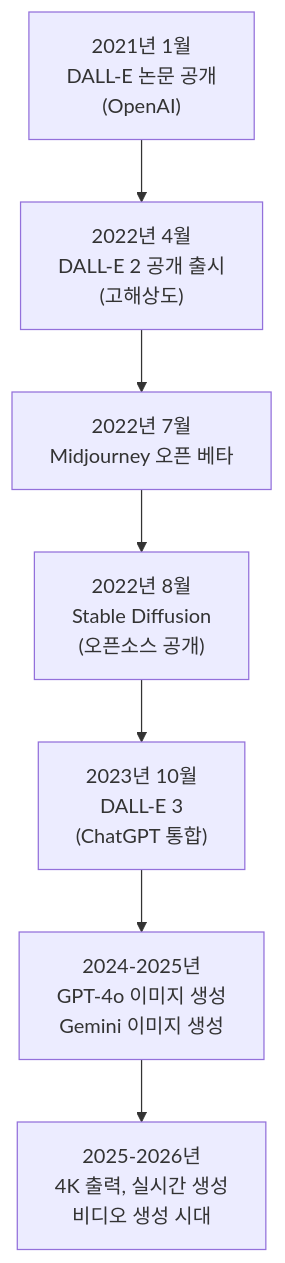
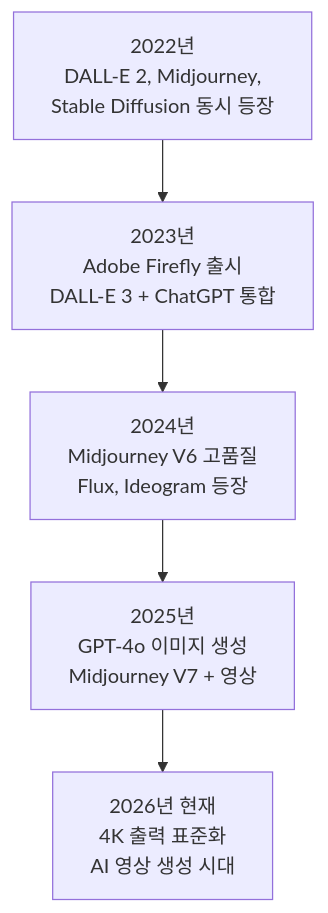
Before and after one commit to jsonpassion/forge-tutorial-promptcanvas: the first of 3 diagrams in 01-ch1-ai-이미지-생성-개론/01-01-생성형-ai가-바꾸는-디자인-워크플로우.md, drawn with Mermaid. The commit also changed other lines of this file and 12 other files, not shown here.

````diff
--- a/01-ch1-ai-이미지-생성-개론/01-01-생성형-ai가-바꾸는-디자인-워크플로우.md
+++ b/01-ch1-ai-이미지-생성-개론/01-01-생성형-ai가-바꾸는-디자인-워크플로우.md
@@ -54,9 +44,7 @@
 ```mermaid
 flowchart TD
-    A["2021년 1월<br/>DALL-E 논문 공개<br/>(OpenAI)"] --> B["2022년 4월<br/>DALL-E 2 공개 출시<br/>(고해상도)"]
-    B --> C["2022년 7월<br/>Midjourney 오픈 베타"]
-    C --> D["2022년 8월<br/>Stable Diffusion<br/>(오픈소스 공개)"]
-    D --> E["2023년 10월<br/>DALL-E 3<br/>(ChatGPT 통합)"]
-    E --> F["2024-2025년<br/>GPT-4o 이미지 생성<br/>Gemini 이미지 생성"]
-    F --> G["2025-2026년<br/>4K 출력, 실시간 생성<br/>비디오 생성 시대"]
+    A["2022년<br/>DALL-E 2, Midjourney,<br/>Stable Diffusion 동시 등장"] --> B["2023년<br/>Adobe Firefly 출시<br/>DALL-E 3 + ChatGPT 통합"]
+    B --> C["2024년<br/>Midjourney V6 고품질<br/>Flux, Ideogram 등장"]
+    C --> D["2025년<br/>GPT-4o 이미지 생성<br/>Midjourney V7 + 영상"]
+    D --> E["2026년 현재<br/>4K 출력 표준화<br/>AI 영상 생성 시대"]
 ```
````
